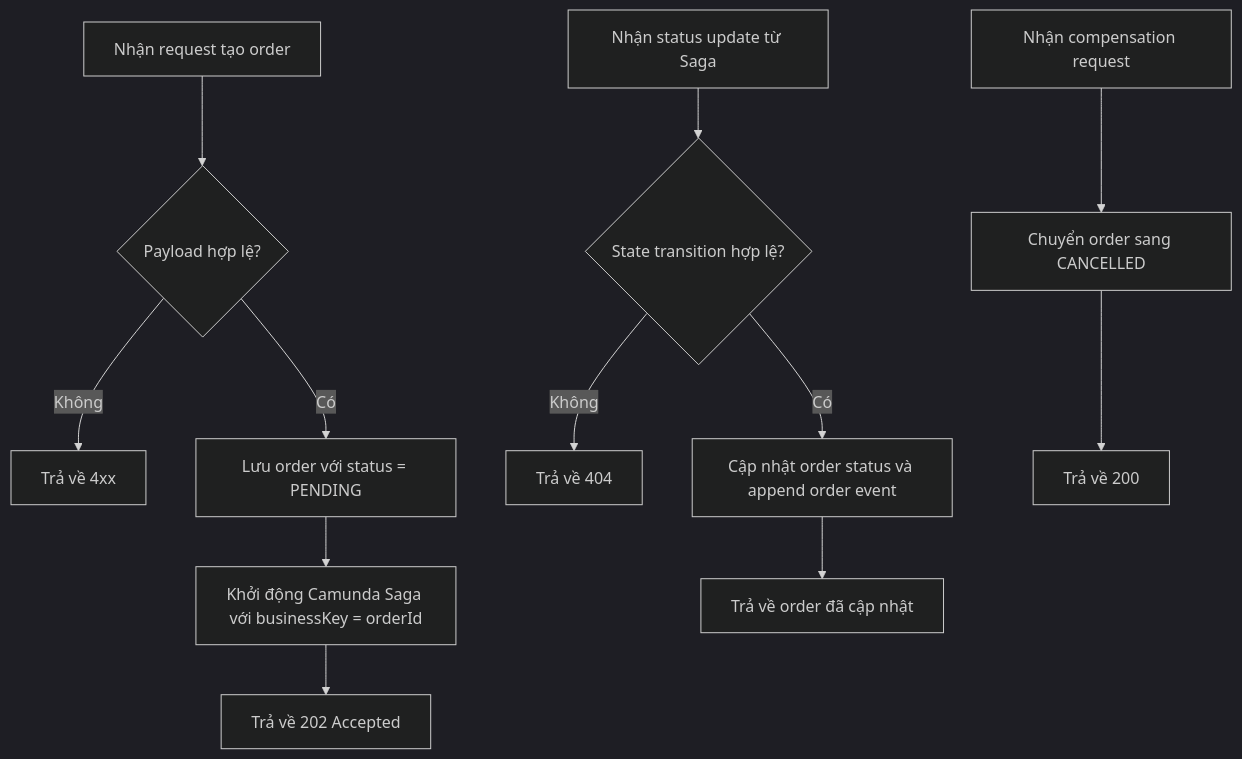
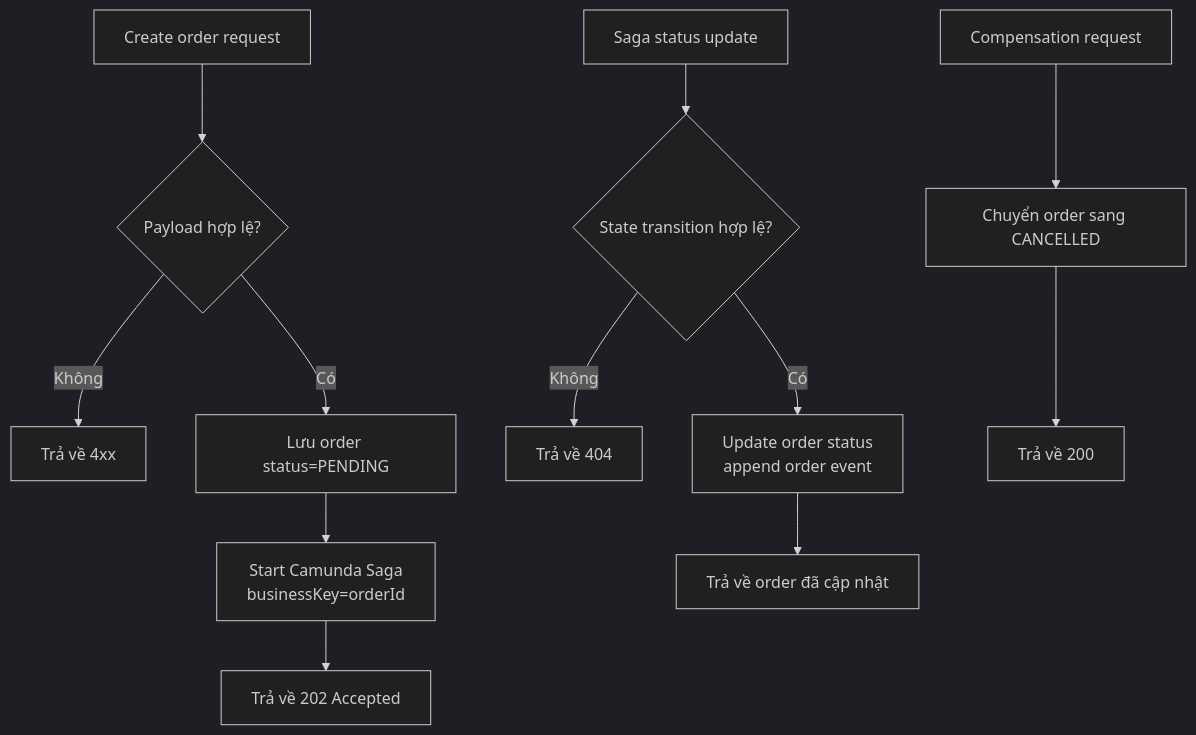
Before and after one commit to baosatboiz/asd: the fifth of 7 diagrams in analysis-and-design-ddd.md, drawn with Mermaid (dark theme). The commit also changed other lines of this file, not shown here.

````diff
--- a/analysis-and-design-ddd.md
+++ b/analysis-and-design-ddd.md
@@ -292,16 +292,16 @@
 ```mermaid
 flowchart TD
-    A[Nhận request tạo order] --> B{Payload hợp lệ?}
+    A[Create order request] --> B{Payload hợp lệ?}
     B -->|Không| C[Trả về 4xx]
-    B -->|Có| D[Lưu order với status = PENDING]
-    D --> E[Khởi động Camunda Saga với businessKey = orderId]
+    B -->|Có| D[Lưu order status=PENDING]
+    D --> E[Start Camunda Saga<br/>businessKey=orderId]
     E --> F[Trả về 202 Accepted]
 
-    G[Nhận status update từ Saga] --> H{State transition hợp lệ?}
+    G[Saga status update] --> H{State transition hợp lệ?}
     H -->|Không| I[Trả về 404]
-    H -->|Có| J[Cập nhật order status và append order event]
+    H -->|Có| J[Update order status<br/>append order event]
     J --> K[Trả về order đã cập nhật]
 
-    L[Nhận compensation request] --> M[Chuyển order sang CANCELLED]
+    L[Compensation request] --> M[Chuyển order sang CANCELLED]
     M --> N[Trả về 200]
 ```
````
